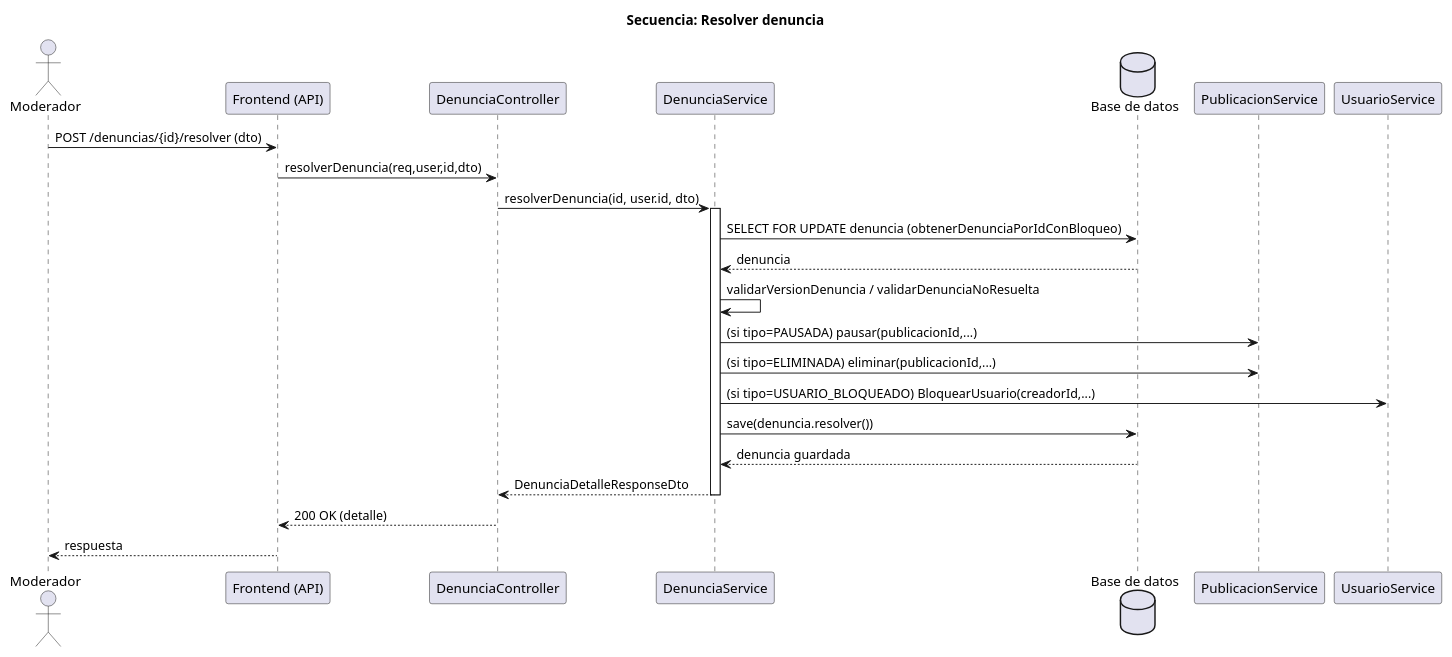
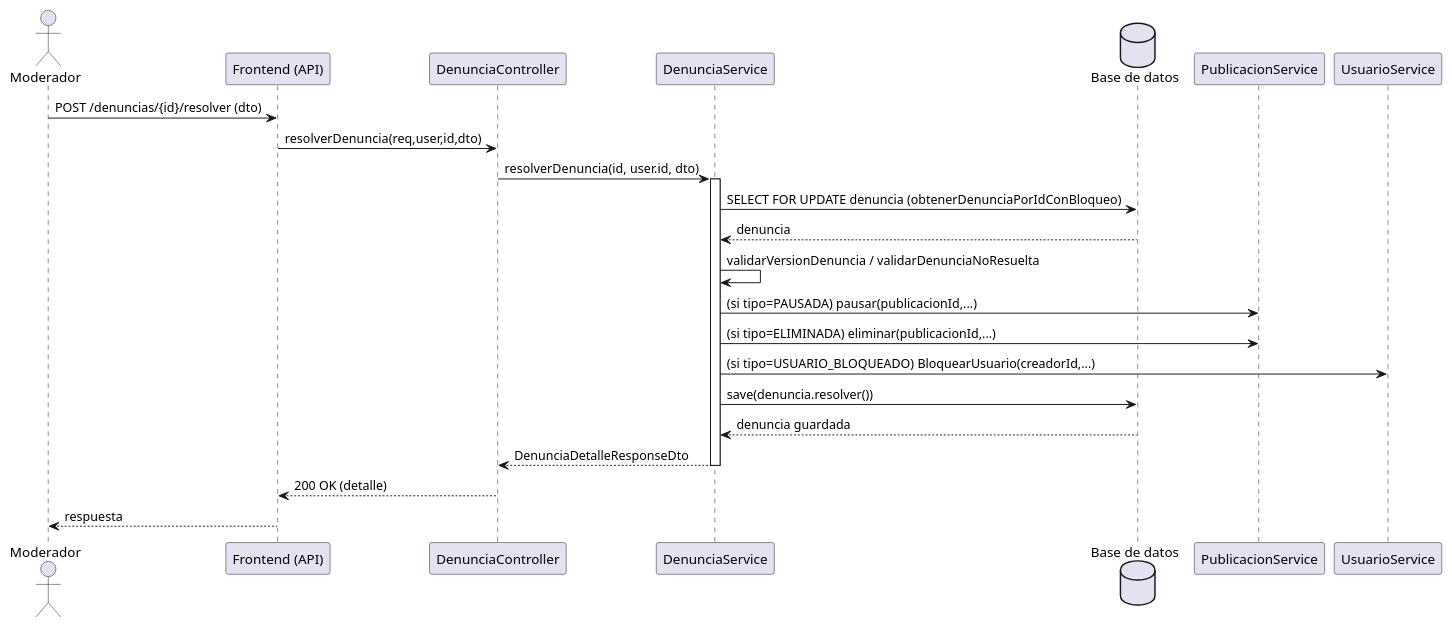
One commit to FrancoLuduena-dev/Pagina-web-de-donaciones changed the diagram in documentacion/diagrama_secuencia_resolver_denuncia.puml. Above: the diagram before and after it, drawn with PlantUML. The commit also changed 11 other files, not shown here.

```diff
--- a/documentacion/diagrama_secuencia_resolver_denuncia.puml
+++ b/documentacion/diagrama_secuencia_resolver_denuncia.puml
@@ -1,27 +1,26 @@
-@startuml
-title Secuencia: Resolver denuncia
+@startuml "Secuencia: Resolver denuncia"
 actor Moderador
 participant "Frontend (API)" as Front
 participant "DenunciaController" as Controller
 participant "DenunciaService" as Service
 database "Base de datos" as DB
 participant "PublicacionService" as PubService
 participant "UsuarioService" as UserService
 
 Moderador -> Front: POST /denuncias/{id}/resolver (dto)
 Front -> Controller: resolverDenuncia(req,user,id,dto)
 Controller -> Service: resolverDenuncia(id, user.id, dto)
 activate Service
 Service -> DB: SELECT FOR UPDATE denuncia (obtenerDenunciaPorIdConBloqueo)
 DB --> Service: denuncia
 Service -> Service: validarVersionDenuncia / validarDenunciaNoResuelta
 Service -> PubService: (si tipo=PAUSADA) pausar(publicacionId,...)
 Service -> PubService: (si tipo=ELIMINADA) eliminar(publicacionId,...)
 Service -> UserService: (si tipo=USUARIO_BLOQUEADO) BloquearUsuario(creadorId,...)
 Service -> DB: save(denuncia.resolver())
 DB --> Service: denuncia guardada
 Service --> Controller: DenunciaDetalleResponseDto
 deactivate Service
 Controller --> Front: 200 OK (detalle)
 Front --> Moderador: respuesta
 @enduml
```
